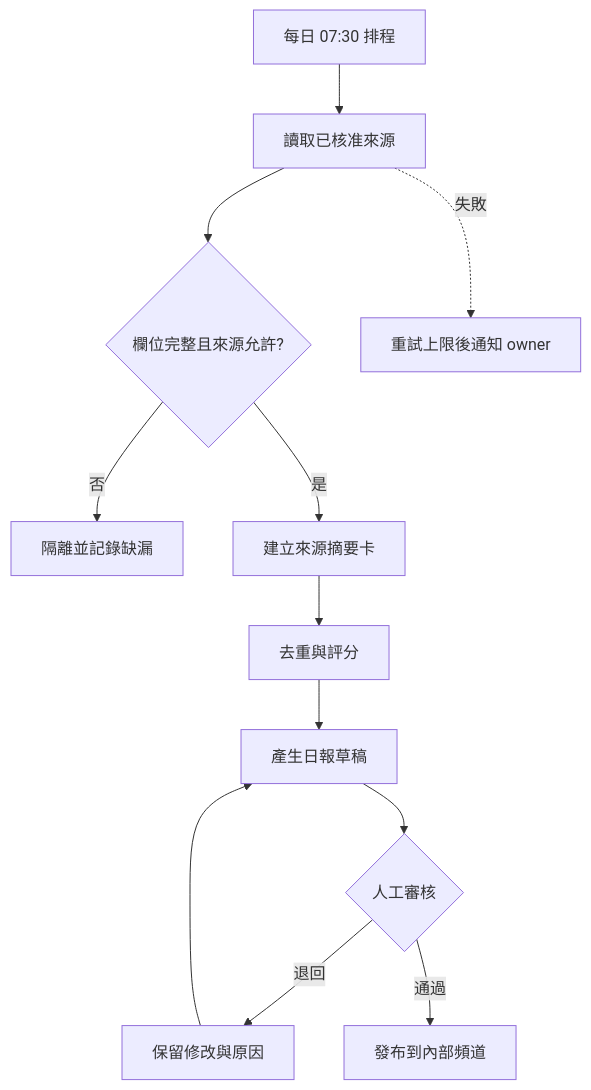
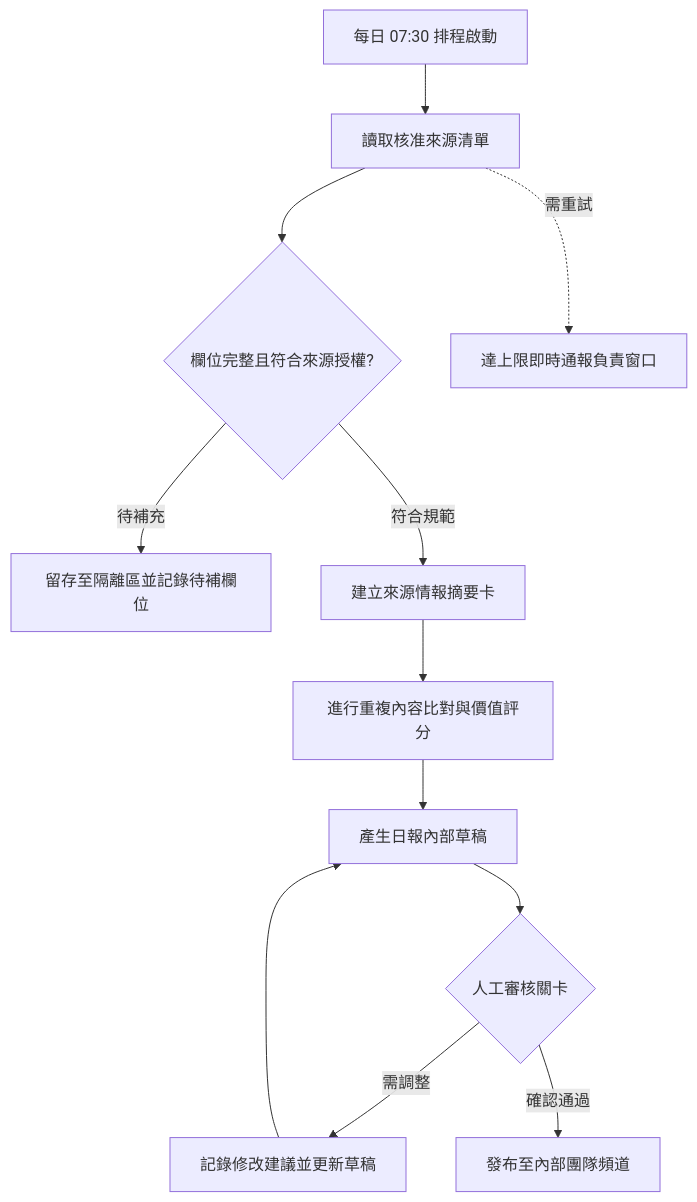
One commit to AdaaWu/2026ithome-claude-skills changed the diagram in articles/day-27.md. Above: the diagram before and after it, drawn with Mermaid. The commit also changed other lines of this file and 65 other files, not shown here.

````diff
--- a/articles/day-27.md
+++ b/articles/day-27.md
@@ -21,14 +33,14 @@
 ```mermaid
 flowchart TD
-  A[每日 07:30 排程] --> B[讀取已核准來源]
-  B --> C{欄位完整且來源允許?}
-  C -- 否 --> D[隔離並記錄缺漏]
-  C -- 是 --> E[建立來源摘要卡]
-  E --> F[去重與評分]
-  F --> G[產生日報草稿]
-  G --> H{人工審核}
-  H -- 退回 --> I[保留修改與原因]
+  A[每日 07:30 排程啟動] --> B[讀取核准來源清單]
+  B --> C{欄位完整且符合來源授權?}
+  C -- 待補充 --> D[留存至隔離區並記錄待補欄位]
+  C -- 符合規範 --> E[建立來源情報摘要卡]
+  E --> F[進行重複內容比對與價值評分]
+  F --> G[產生日報內部草稿]
+  G --> H{人工審核關卡}
+  H -- 需調整 --> I[記錄修改建議並更新草稿]
   I --> G
-  H -- 通過 --> J[發布到內部頻道]
-  B -. 失敗 .-> K[重試上限後通知 owner]
+  H -- 確認通過 --> J[發布至內部團隊頻道]
+  B -. 需重試 .-> K[達上限即時通報負責窗口]
 ```
````
